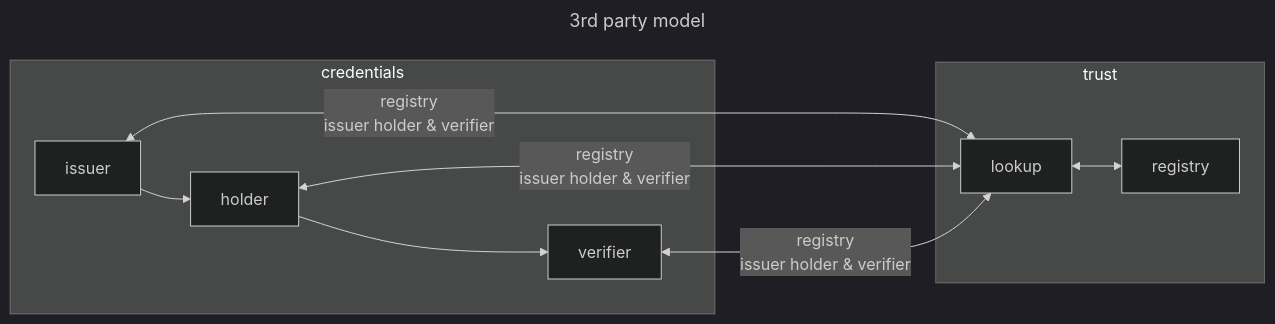
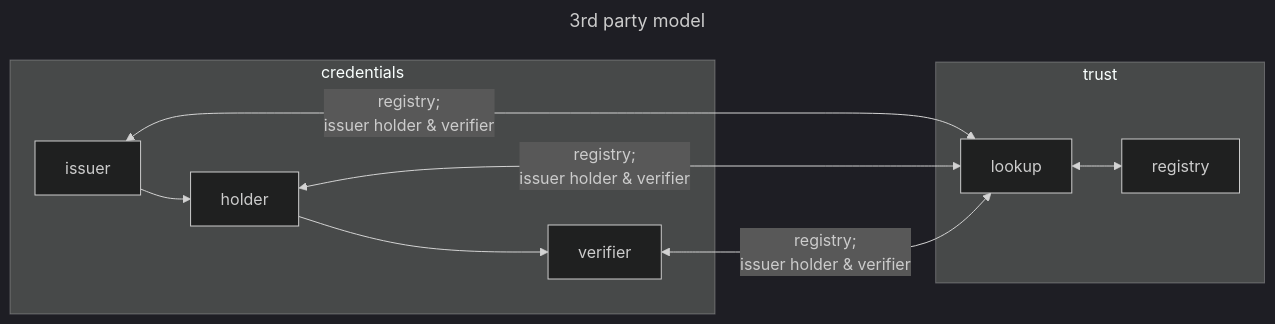
The second of 2 diagrams in webuild-drafts/draft-leifj-local-trust-resolver.md (leifj/webuild-architecture), drawn with Mermaid (dark theme) before and after one commit.

````diff
--- a/webuild-drafts/draft-leifj-local-trust-resolver.md
+++ b/webuild-drafts/draft-leifj-local-trust-resolver.md
@@ -43,15 +43,15 @@
 ```mermaid
 ---
 title: 3rd party model
 ---
 flowchart LR;
    subgraph credentials
    issuer-->holder;
    holder-->verifier;
    end
    subgraph trust
-   lookup <--> registry
+   lookup <--> registry;
    end
-   issuer & holder & verifier <-- registry
-   issuer holder & verifier --> lookup
+   issuer & holder & verifier <-- registry;
+   issuer holder & verifier --> lookup;
 ```
````
